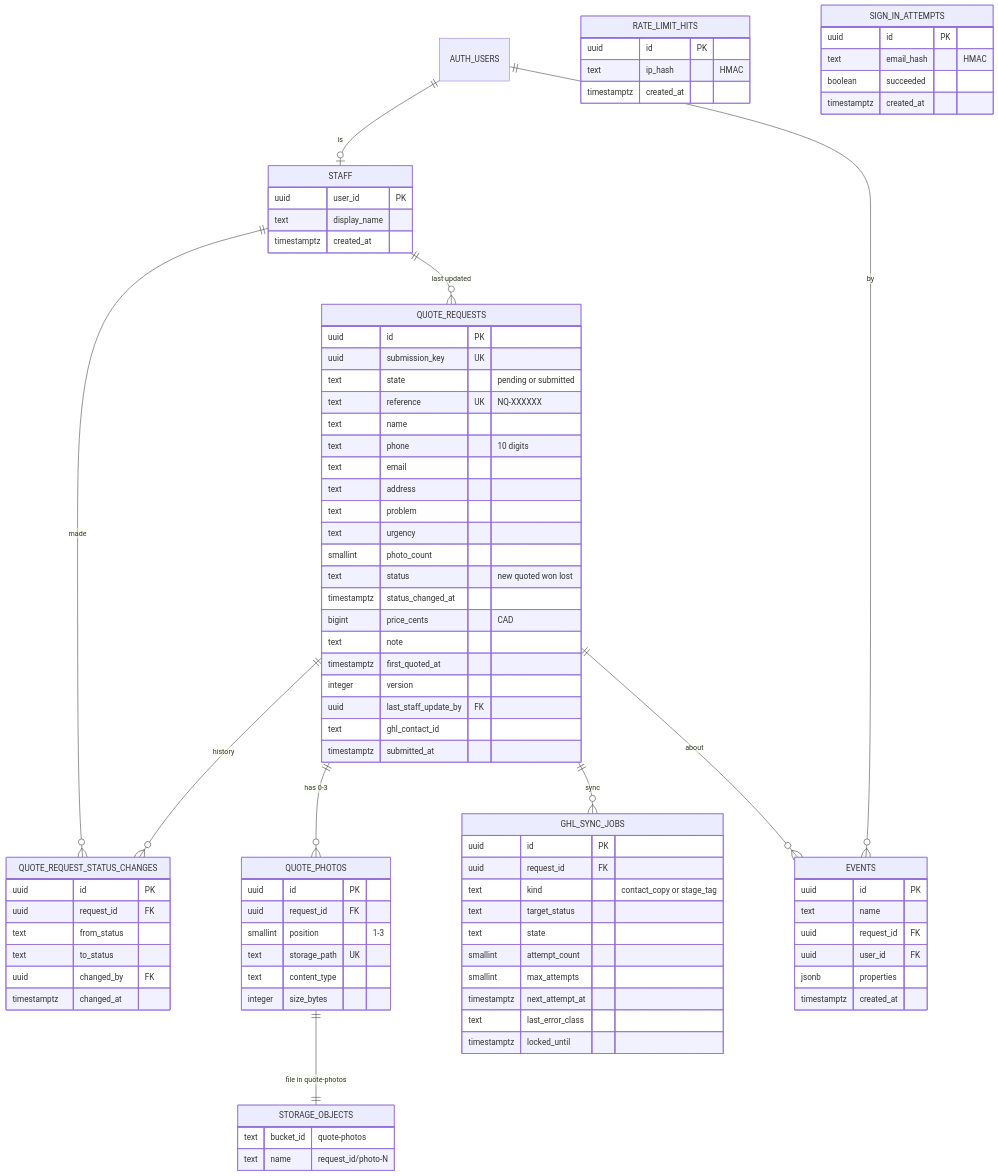
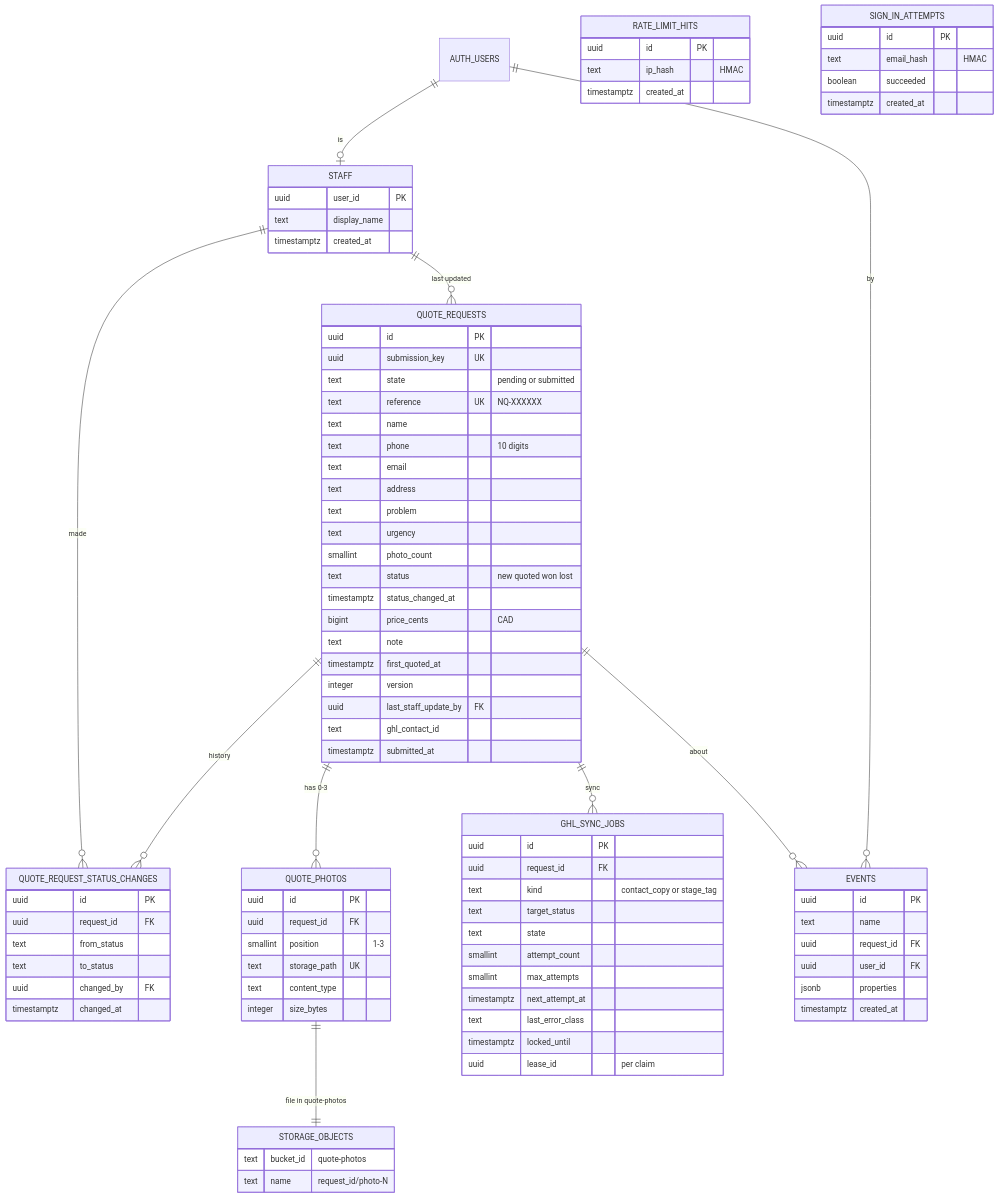
One commit to westmatty92-alt/northside-quotes changed the third of 3 diagrams in docs/architecture.md. Above: the diagram before and after it, drawn with Mermaid. The commit also changed other lines of this file and 28 other files, not shown here.

First line of the commit message:
STEP A1: S0 fixes (forced RLS, one token per page load, atomic rate limit and sign-in pause, fail-closed secrets, error logging, GHL lease ids, minors)

```diff
--- a/docs/architecture.md
+++ b/docs/architecture.md
@@ -138,6 +140,7 @@
     timestamptz next_attempt_at
     text last_error_class
     timestamptz locked_until
+    uuid lease_id "per claim"
   }
   EVENTS {
     uuid id PK
```
